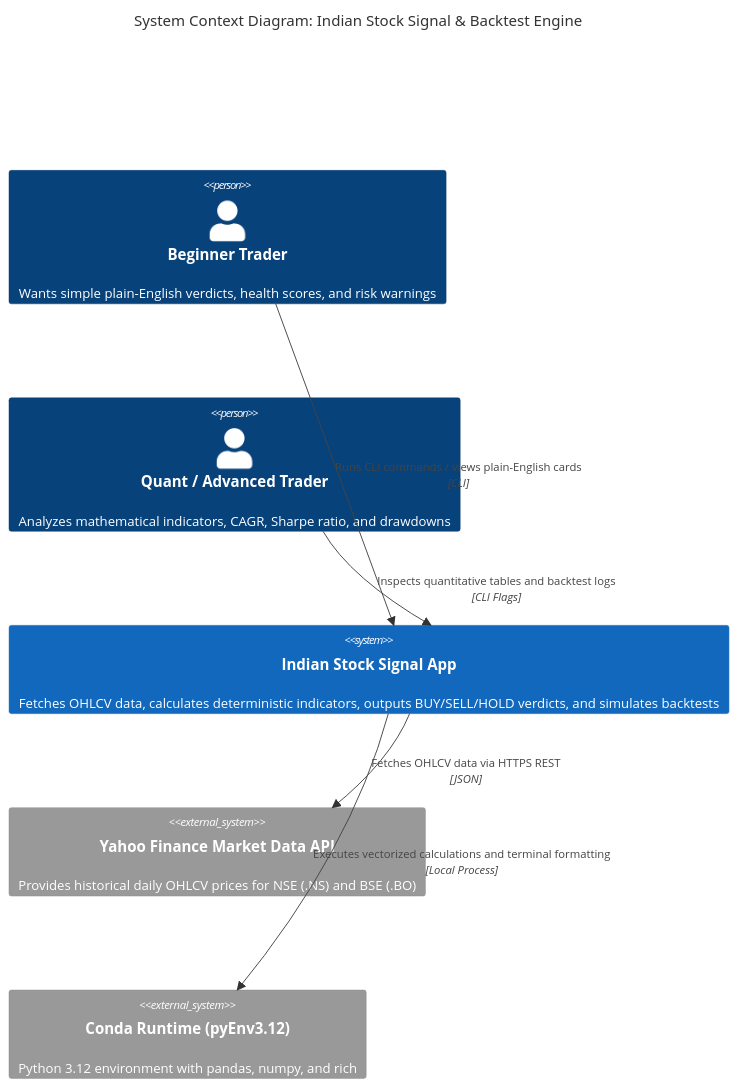
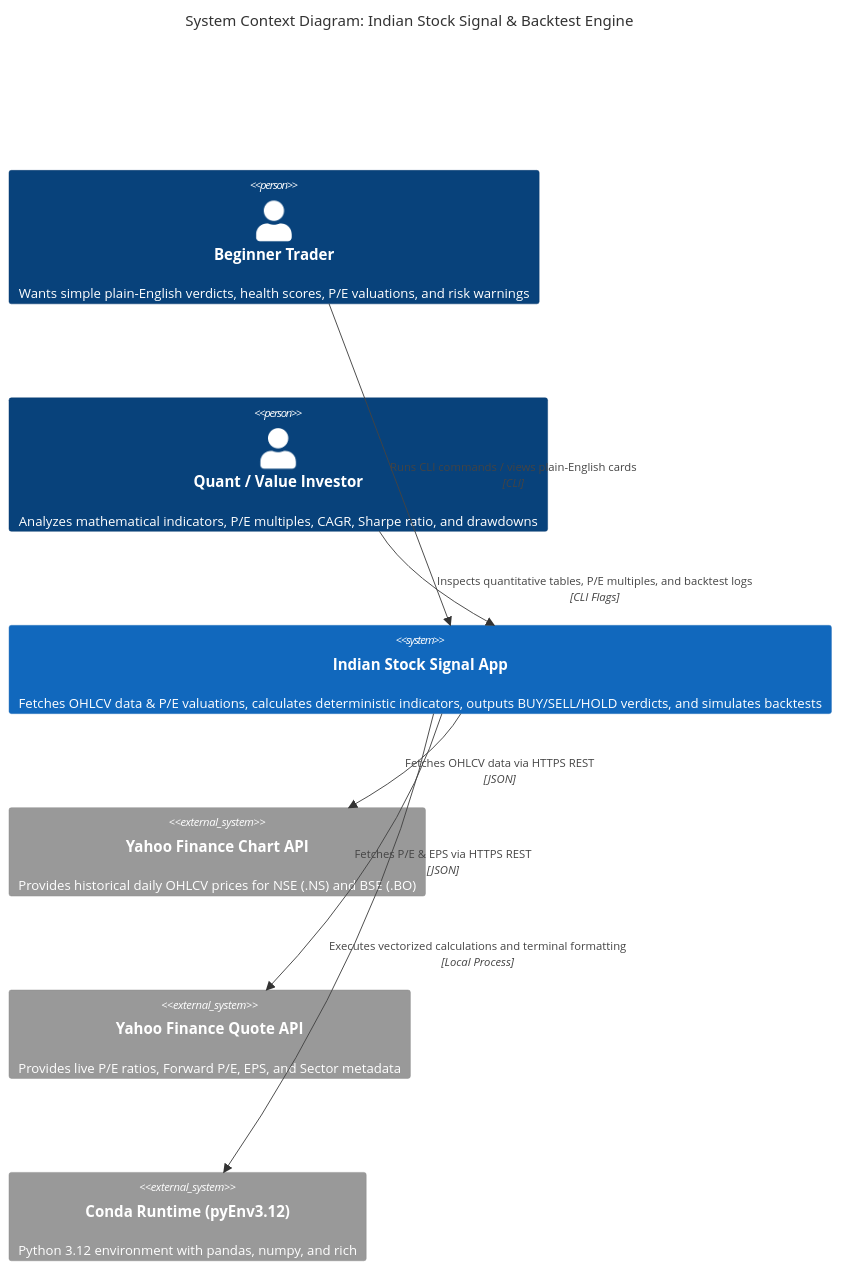
Before and after one commit to kaustavdassoa/Python-Dev: the diagram in MarketResearch/README.md, drawn with Mermaid. The commit also changed other lines of this file and 3 other files, not shown here.

````diff
--- a/MarketResearch/README.md
+++ b/MarketResearch/README.md
@@ -76,17 +78,19 @@
 ```mermaid
 C4Context
     title System Context Diagram: Indian Stock Signal & Backtest Engine
 
-    Person(beginner, "Beginner Trader", "Wants simple plain-English verdicts, health scores, and risk warnings")
-    Person(quant, "Quant / Advanced Trader", "Analyzes mathematical indicators, CAGR, Sharpe ratio, and drawdowns")
+    Person(beginner, "Beginner Trader", "Wants simple plain-English verdicts, health scores, P/E valuations, and risk warnings")
+    Person(quant, "Quant / Value Investor", "Analyzes mathematical indicators, P/E multiples, CAGR, Sharpe ratio, and drawdowns")
 
-    System(stockApp, "Indian Stock Signal App", "Fetches OHLCV data, calculates deterministic indicators, outputs BUY/SELL/HOLD verdicts, and simulates backtests")
+    System(stockApp, "Indian Stock Signal App", "Fetches OHLCV data & P/E valuations, calculates deterministic indicators, outputs BUY/SELL/HOLD verdicts, and simulates backtests")
 
-    System_Ext(yfinanceAPI, "Yahoo Finance Market Data API", "Provides historical daily OHLCV prices for NSE (.NS) and BSE (.BO)")
+    System_Ext(yfinanceChartAPI, "Yahoo Finance Chart API", "Provides historical daily OHLCV prices for NSE (.NS) and BSE (.BO)")
+    System_Ext(yfinanceQuoteAPI, "Yahoo Finance Quote API", "Provides live P/E ratios, Forward P/E, EPS, and Sector metadata")
     System_Ext(condaEnv, "Conda Runtime (pyEnv3.12)", "Python 3.12 environment with pandas, numpy, and rich")
 
     Rel(beginner, stockApp, "Runs CLI commands / views plain-English cards", "CLI")
-    Rel(quant, stockApp, "Inspects quantitative tables and backtest logs", "CLI Flags")
-    Rel(stockApp, yfinanceAPI, "Fetches OHLCV data via HTTPS REST", "JSON")
+    Rel(quant, stockApp, "Inspects quantitative tables, P/E multiples, and backtest logs", "CLI Flags")
+    Rel(stockApp, yfinanceChartAPI, "Fetches OHLCV data via HTTPS REST", "JSON")
+    Rel(stockApp, yfinanceQuoteAPI, "Fetches P/E & EPS via HTTPS REST", "JSON")
     Rel(stockApp, condaEnv, "Executes vectorized calculations and terminal formatting", "Local Process")
 ```
````
